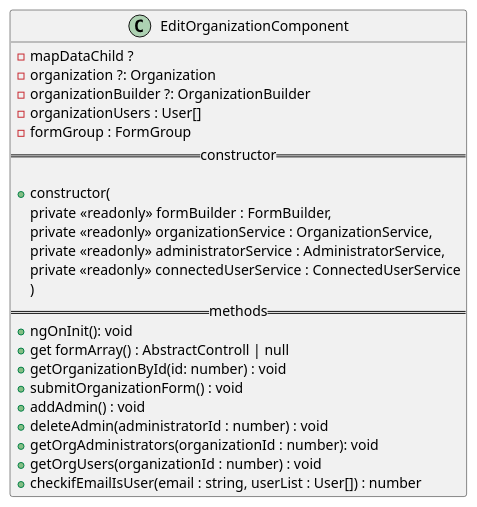
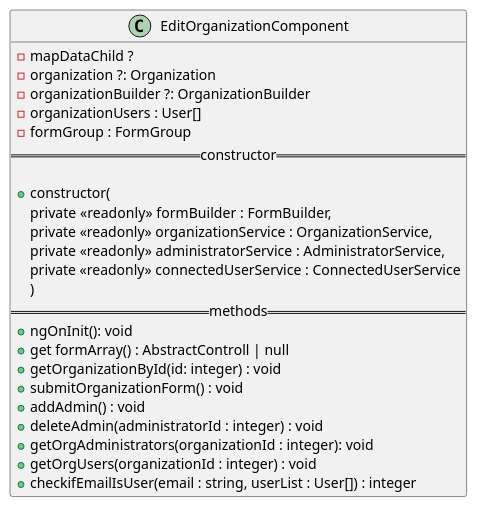
Before and after one commit to GruppOne/stalker-web-app: the diagram in docs/diagrams/view/routes/editorganizationcomponent.pu, drawn with PlantUML. The commit also changed 22 other files, not shown here.

Commit message:
docs: improve class diagrams, add allegato tecnico structure

```diff
--- a/docs/diagrams/view/routes/editorganizationcomponent.pu
+++ b/docs/diagrams/view/routes/editorganizationcomponent.pu
@@ -1,27 +1,27 @@
 @startuml EditOrganizationComponent diagram
 class EditOrganizationComponent {
   - mapDataChild ?
   - organization ?: Organization
   - organizationBuilder ?: OrganizationBuilder
   - organizationUsers : User[]
   - formGroup : FormGroup
   == constructor ==
 
   + constructor(
     private <<readonly>> formBuilder : FormBuilder,
     private <<readonly>> organizationService : OrganizationService,
     private <<readonly>> administratorService : AdministratorService,
     private <<readonly>> connectedUserService : ConnectedUserService
     )
   == methods ==
   + ngOnInit(): void
   + get formArray() : AbstractControll | null
-  + getOrganizationById(id: number) : void
+  + getOrganizationById(id: integer) : void
   + submitOrganizationForm() : void
   + addAdmin() : void
-  + deleteAdmin(administratorId : number) : void
-  + getOrgAdministrators(organizationId : number): void
-  + getOrgUsers(organizationId : number) : void
-  + checkifEmailIsUser(email : string, userList : User[]) : number
+  + deleteAdmin(administratorId : integer) : void
+  + getOrgAdministrators(organizationId : integer): void
+  + getOrgUsers(organizationId : integer) : void
+  + checkifEmailIsUser(email : string, userList : User[]) : integer
 }
 @enduml
```
